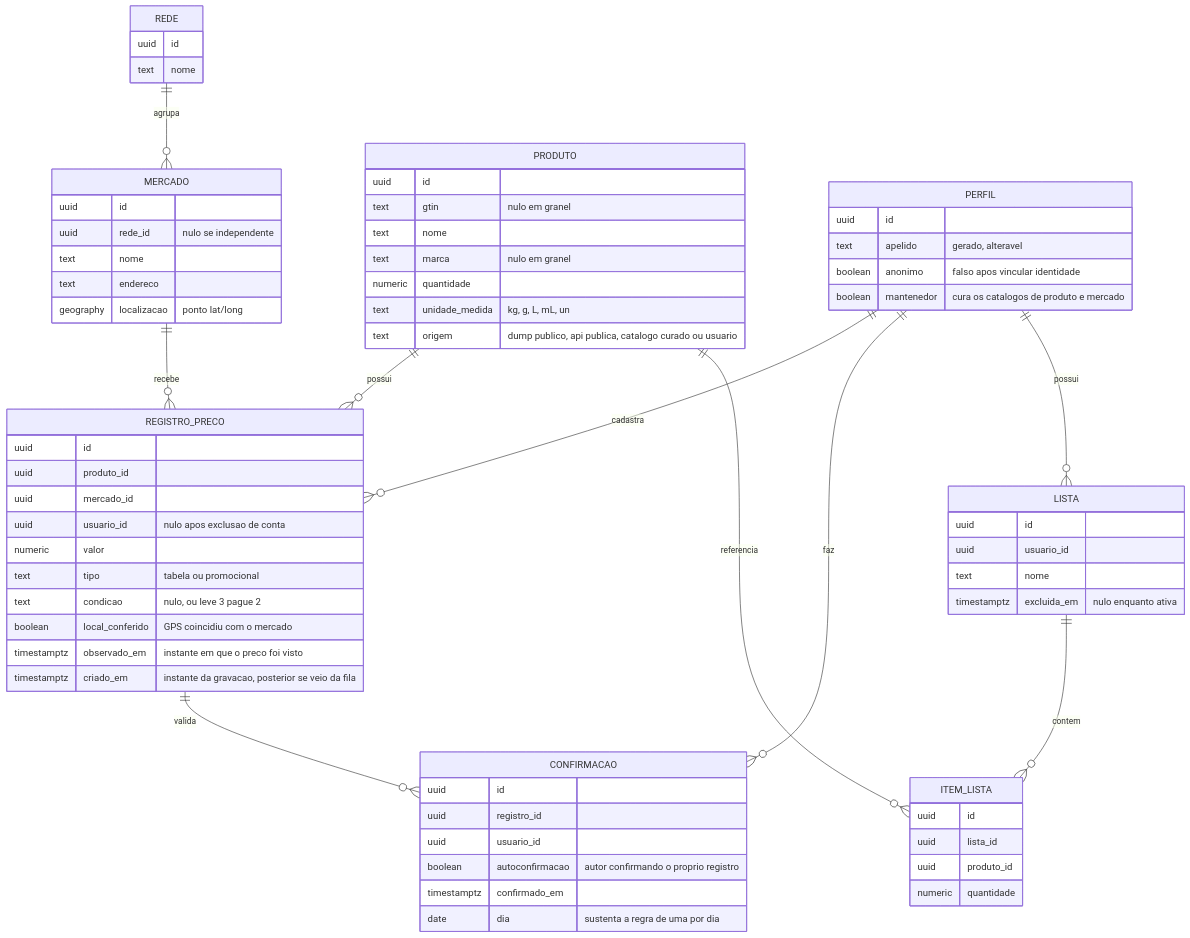
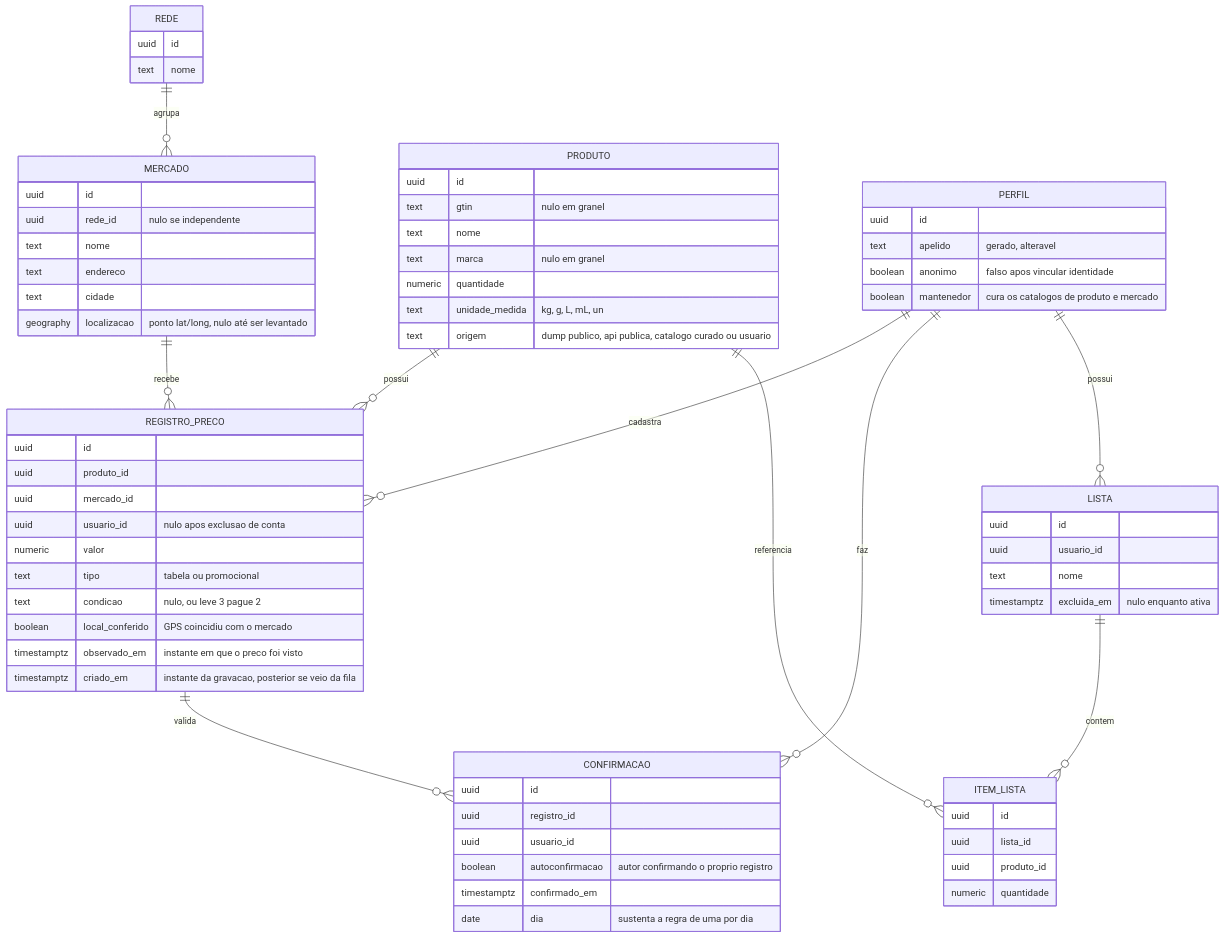
The diagram in artefatos/requisitos/2-analise/modelo-de-dominio.md (valdersonjr/bom-preco), drawn with Mermaid before and after one commit. The commit also changed 11 other files, not shown here.

````diff
--- a/artefatos/requisitos/2-analise/modelo-de-dominio.md
+++ b/artefatos/requisitos/2-analise/modelo-de-dominio.md
@@ -28,71 +28,72 @@
 ```mermaid
 erDiagram
     REDE ||--o{ MERCADO : agrupa
     MERCADO ||--o{ REGISTRO_PRECO : recebe
     PRODUTO ||--o{ REGISTRO_PRECO : possui
     PERFIL ||--o{ REGISTRO_PRECO : cadastra
     REGISTRO_PRECO ||--o{ CONFIRMACAO : valida
     PERFIL ||--o{ CONFIRMACAO : faz
     PERFIL ||--o{ LISTA : possui
     LISTA ||--o{ ITEM_LISTA : contem
     PRODUTO ||--o{ ITEM_LISTA : referencia
 
     REDE {
         uuid id
         text nome
     }
     MERCADO {
         uuid id
         uuid rede_id "nulo se independente"
         text nome
         text endereco
-        geography localizacao "ponto lat/long"
+        text cidade
+        geography localizacao "ponto lat/long, nulo até ser levantado"
     }
     PRODUTO {
         uuid id
         text gtin "nulo em granel"
         text nome
         text marca "nulo em granel"
         numeric quantidade
         text unidade_medida "kg, g, L, mL, un"
         text origem "dump publico, api publica, catalogo curado ou usuario"
     }
     REGISTRO_PRECO {
         uuid id
         uuid produto_id
         uuid mercado_id
         uuid usuario_id "nulo apos exclusao de conta"
         numeric valor
         text tipo "tabela ou promocional"
         text condicao "nulo, ou leve 3 pague 2"
         boolean local_conferido "GPS coincidiu com o mercado"
         timestamptz observado_em "instante em que o preco foi visto"
         timestamptz criado_em "instante da gravacao, posterior se veio da fila"
     }
     CONFIRMACAO {
         uuid id
         uuid registro_id
         uuid usuario_id
         boolean autoconfirmacao "autor confirmando o proprio registro"
         timestamptz confirmado_em
         date dia "sustenta a regra de uma por dia"
     }
     PERFIL {
         uuid id
         text apelido "gerado, alteravel"
         boolean anonimo "falso apos vincular identidade"
         boolean mantenedor "cura os catalogos de produto e mercado"
     }
     LISTA {
         uuid id
         uuid usuario_id
         text nome
         timestamptz excluida_em "nulo enquanto ativa"
     }
     ITEM_LISTA {
         uuid id
         uuid lista_id
         uuid produto_id
         numeric quantidade
     }
 ```
````
